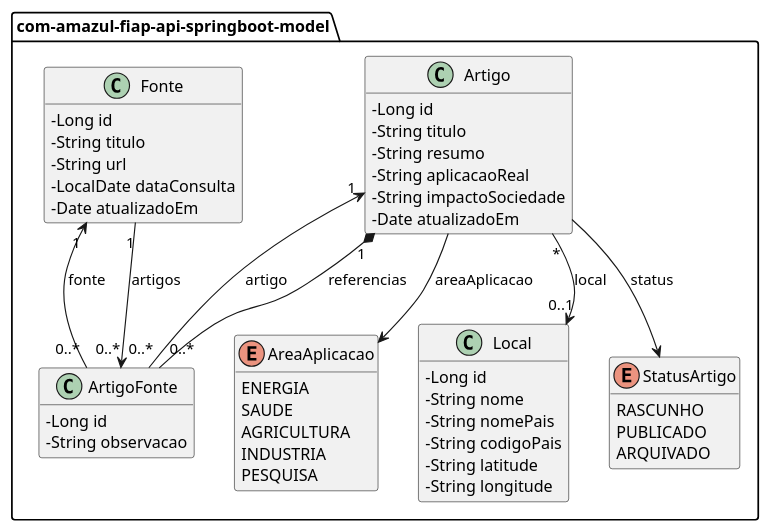
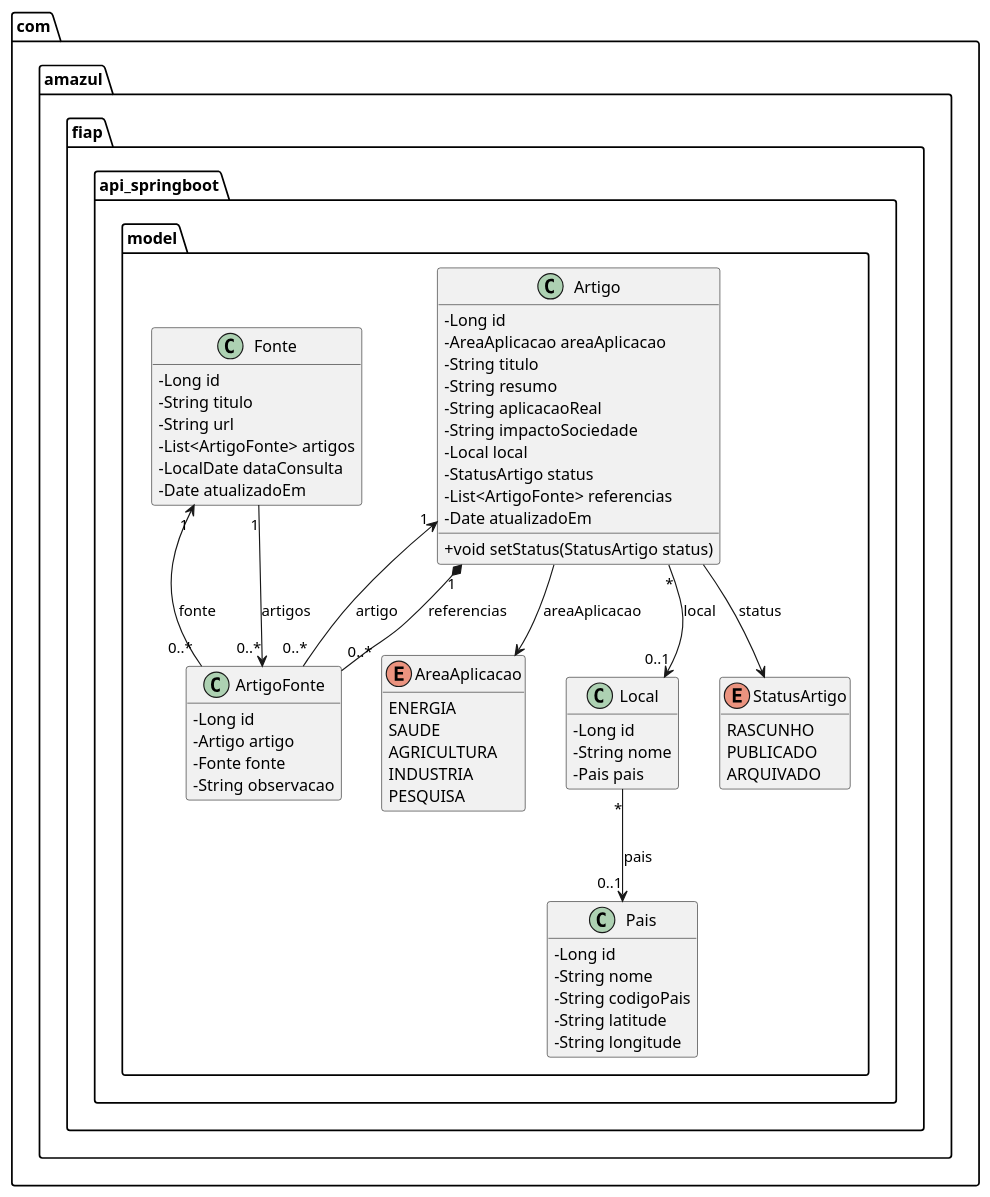
Before and after one commit to CHALLENGE-AMAZUL/backend-springboot: the diagram in src/DiagramaChallenge.puml, drawn with PlantUML. The commit also changed 24 other files, not shown here.

```diff
--- a/src/DiagramaChallenge.puml
+++ b/src/DiagramaChallenge.puml
@@ -1,66 +1,80 @@
 @startuml
 skinparam classAttributeIconSize 0
 hide empty members
 
-package com-amazul-fiap-api-springboot-model {
+package com.amazul.fiap.api_springboot.model {
 
   class Artigo {
     - Long id
+    - AreaAplicacao areaAplicacao
     - String titulo
     - String resumo
     - String aplicacaoReal
     - String impactoSociedade
+    - Local local
+    - StatusArtigo status
+    - List<ArtigoFonte> referencias
     - Date atualizadoEm
+    + void setStatus(StatusArtigo status)
   }
 
   class Fonte {
     - Long id
     - String titulo
     - String url
+    - List<ArtigoFonte> artigos
     - LocalDate dataConsulta
     - Date atualizadoEm
   }
 
   class Local {
     - Long id
     - String nome
-    - String nomePais
+    - Pais pais
+  }
+
+  class Pais {
+    - Long id
+    - String nome
     - String codigoPais
     - String latitude
     - String longitude
   }
 
   class ArtigoFonte {
     - Long id
+    - Artigo artigo
+    - Fonte fonte
     - String observacao
   }
 
   enum StatusArtigo {
     RASCUNHO
     PUBLICADO
     ARQUIVADO
   }
 
   enum AreaAplicacao {
     ENERGIA
     SAUDE
     AGRICULTURA
     INDUSTRIA
     PESQUISA
   }
 
-  ' Relacionamentos
+  ' Relacionamentos Geográficos (Normalização 3FN / BCNF)
   Artigo "*" --> "0..1" Local : local
+  Local "*" --> "0..1" Pais : pais
 
   ' Composição devido ao cascade ALL + orphanRemoval em Artigo -> ArtigoFonte
   Artigo "1" *-- "0..*" ArtigoFonte : referencias
   ArtigoFonte "0..*" --> "1" Artigo : artigo
 
   Fonte "1" <-- "0..*" ArtigoFonte : fonte
   Fonte "1" --> "0..*" ArtigoFonte : artigos
 
   Artigo --> AreaAplicacao : areaAplicacao
   Artigo --> StatusArtigo : status
 
 }
 @enduml
```
